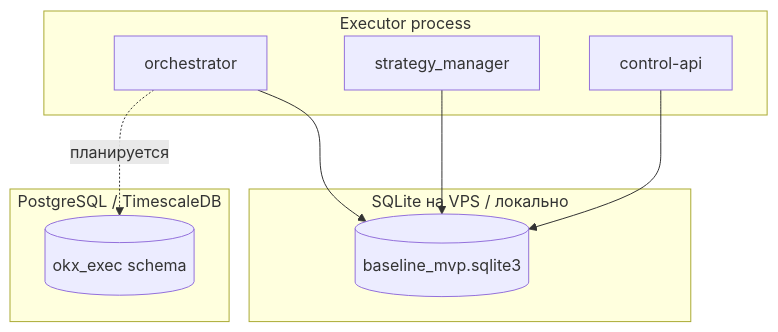
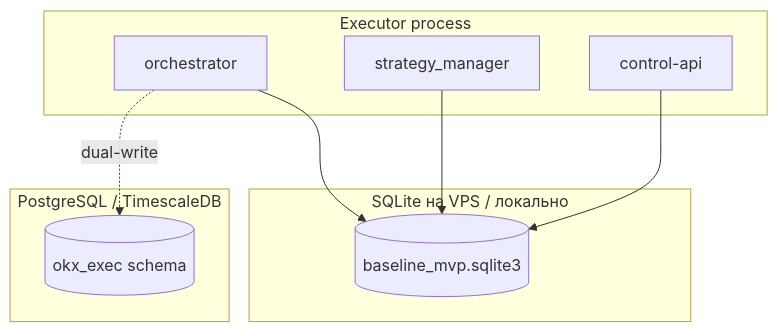
Before and after one commit to SorokaD/okx-hft-executor: the diagram in docs/database/overview.md, drawn with Mermaid. The commit also changed other lines of this file and 18 other files, not shown here.

````diff
--- a/docs/database/overview.md
+++ b/docs/database/overview.md
@@ -5,18 +5,18 @@
 ```mermaid
 flowchart TB
   subgraph executor [Executor process]
     OR[orchestrator]
     SM[strategy_manager]
     CA[control-api]
   end
   subgraph sqlite [SQLite на VPS / локально]
     SQ[(baseline_mvp.sqlite3)]
   end
   subgraph pg [PostgreSQL / TimescaleDB]
     PG[(okx_exec schema)]
   end
   OR --> SQ
   SM --> SQ
   CA --> SQ
-  OR -.->|планируется| PG
+  OR -.->|dual-write| PG
 ```
````
